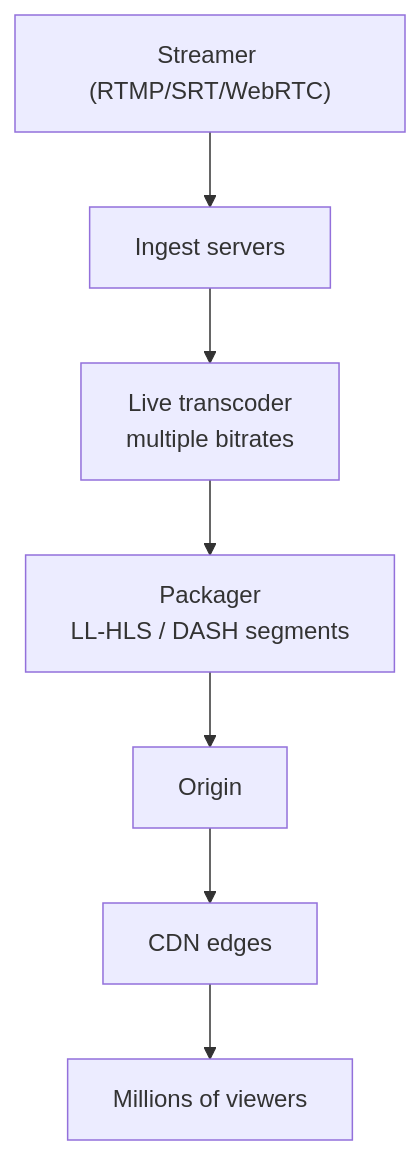
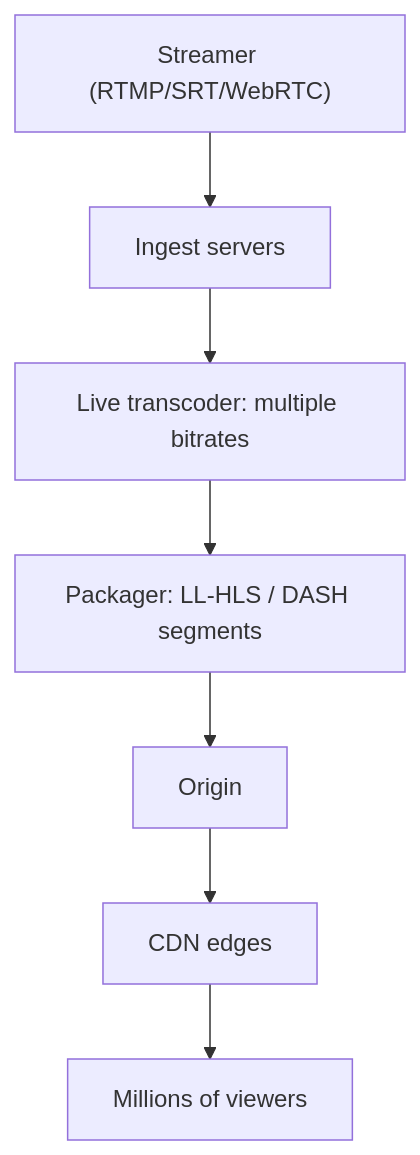
One commit to AkshayAshokCode/System-Design-Interview-Questions-and-Answers changed the seventh of 22 diagrams in topics/17-designs-social-media.md. Above: the diagram before and after it, drawn with Mermaid. The commit also changed other lines of this file and 4 other files, not shown here.

````diff
--- a/topics/17-designs-social-media.md
+++ b/topics/17-designs-social-media.md
@@ -208,7 +456,7 @@
 ```mermaid
 flowchart TD
     S["Streamer (RTMP/SRT/WebRTC)"] --> ING["Ingest servers"]
-    ING --> TR["Live transcoder<br/>multiple bitrates"]
-    TR --> PKG["Packager<br/>LL-HLS / DASH segments"]
+    ING --> TR["Live transcoder: multiple bitrates"]
+    TR --> PKG["Packager: LL-HLS / DASH segments"]
     PKG --> ORG["Origin"] --> CDN["CDN edges"] --> V["Millions of viewers"]
 ```
````
